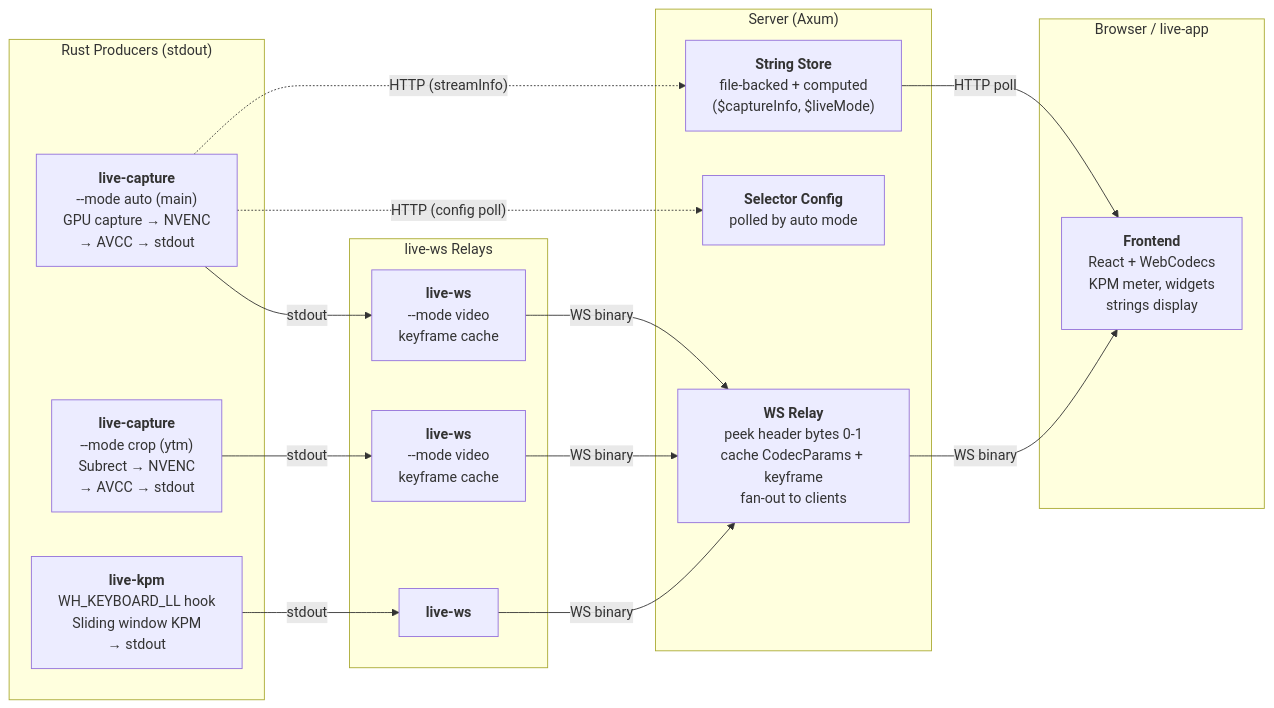
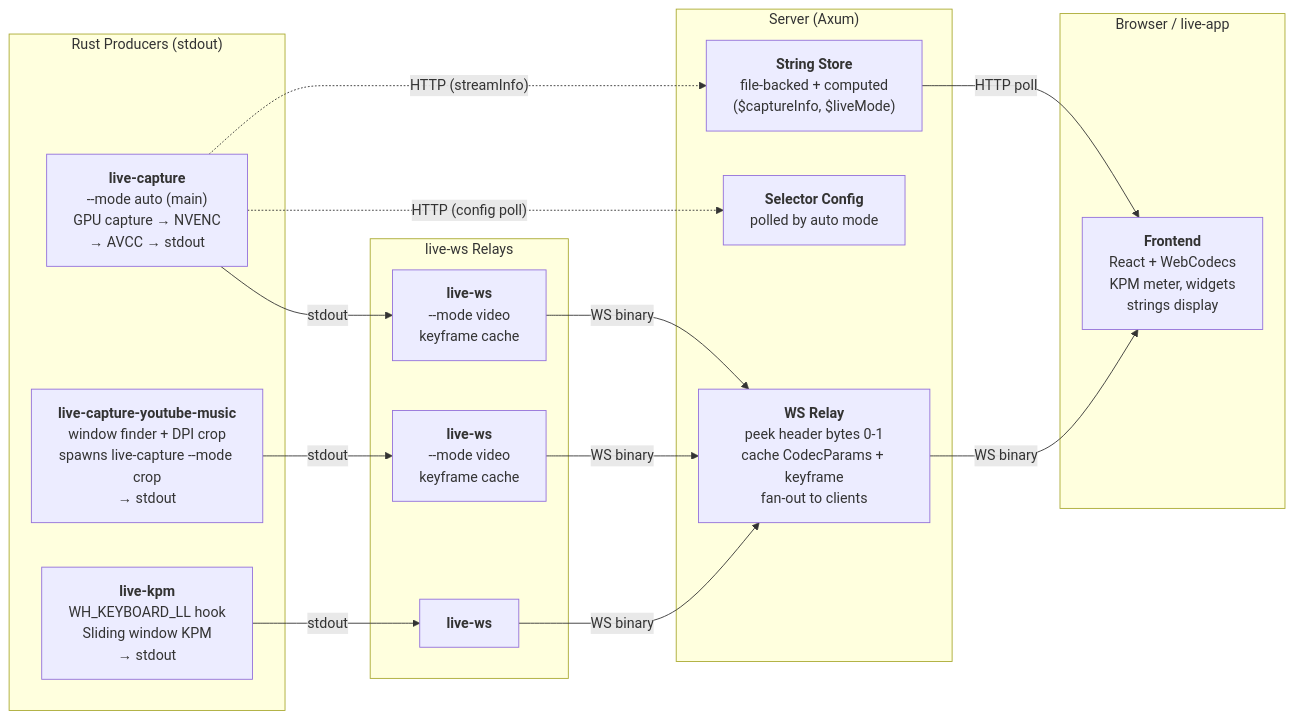
One commit to NekomaruQwQ/Nekomaru-LiveUI changed the diagram in docs/README.md. Above: the diagram before and after it, drawn with Mermaid. The commit also changed other lines of this file and 4 other files, not shown here.

````diff
--- a/docs/README.md
+++ b/docs/README.md
@@ -61,38 +62,38 @@
 ```mermaid
 graph LR
     subgraph producers["Rust Producers (stdout)"]
         capture_auto["<b>live-capture</b><br/>--mode auto (main)<br/>GPU capture → NVENC<br/>→ AVCC → stdout"]
-        capture_crop["<b>live-capture</b><br/>--mode crop (ytm)<br/>Subrect → NVENC<br/>→ AVCC → stdout"]
+        capture_youtube_music["<b>live-capture-youtube-music</b><br/>window finder + DPI crop<br/>spawns live-capture --mode crop<br/>→ stdout"]
         kpm["<b>live-kpm</b><br/>WH_KEYBOARD_LL hook<br/>Sliding window KPM<br/>→ stdout"]
     end
 
     subgraph relays["live-ws Relays"]
         ws_main["<b>live-ws</b><br/>--mode video<br/>keyframe cache"]
-        ws_ytm["<b>live-ws</b><br/>--mode video<br/>keyframe cache"]
+        ws_youtube_music["<b>live-ws</b><br/>--mode video<br/>keyframe cache"]
         ws_kpm["<b>live-ws</b>"]
     end
 
     subgraph server["Server (Axum)"]
         relay["<b>WS Relay</b><br/>peek header bytes 0-1<br/>cache CodecParams + keyframe<br/>fan-out to clients"]
         strings["<b>String Store</b><br/>file-backed + computed<br/>($captureInfo, $liveMode)"]
         config["<b>Selector Config</b><br/>polled by auto mode"]
     end
 
     subgraph frontend["Browser / live-app"]
         viewer["<b>Frontend</b><br/>React + WebCodecs<br/>KPM meter, widgets<br/>strings display"]
     end
 
     capture_auto -- "stdout" --> ws_main
-    capture_crop -- "stdout" --> ws_ytm
+    capture_youtube_music -- "stdout" --> ws_youtube_music
     kpm -- "stdout" --> ws_kpm
 
     ws_main -- "WS binary" --> relay
-    ws_ytm -- "WS binary" --> relay
+    ws_youtube_music -- "WS binary" --> relay
     ws_kpm -- "WS binary" --> relay
 
     capture_auto -. "HTTP (config poll)" .-> config
     capture_auto -. "HTTP (streamInfo)" .-> strings
 
     relay -- "WS binary" --> viewer
     strings -- "HTTP poll" --> viewer
 ```
````
